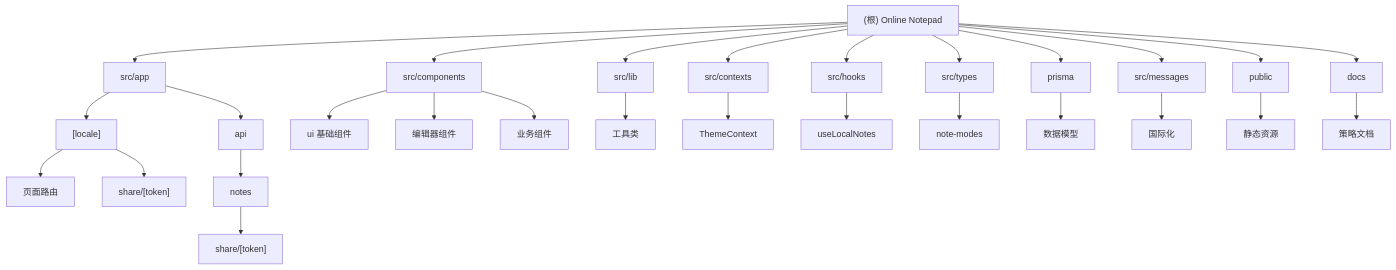
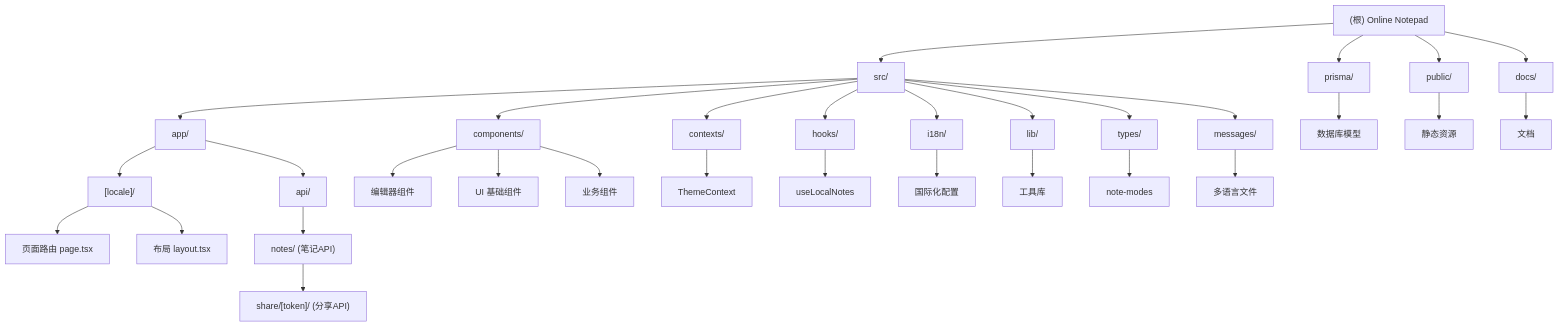
One commit to 89780012/online-notepad changed the diagram in CLAUDE.md. Above: the diagram before and after it, drawn with Mermaid. The commit also changed other lines of this file and 21 other files, not shown here.

````diff
--- a/CLAUDE.md
+++ b/CLAUDE.md
@@ -39,33 +40,36 @@
 ```mermaid
 graph TD
-    A["(根) Online Notepad"] --> B["src/app"];
-    B --> C["[locale]"];
-    C --> D["页面路由"];
-    C --> E["share/[token]"];
-    B --> F["api"];
-    F --> G["notes"];
-    G --> H["share/[token]"];
-    A --> I["src/components"];
-    I --> J["ui 基础组件"];
-    I --> K["编辑器组件"];
-    I --> L["业务组件"];
-    A --> M["src/lib"];
-    M --> N["工具类"];
-    A --> O["src/contexts"];
-    O --> P["ThemeContext"];
-    A --> Q["src/hooks"];
-    Q --> R["useLocalNotes"];
-    A --> S["src/types"];
-    S --> T["note-modes"];
-    A --> U["prisma"];
-    U --> V["数据模型"];
-    A --> W["src/messages"];
-    W --> X["国际化"];
-    A --> Y["public"];
-    Y --> Z["静态资源"];
-    A --> AA["docs"];
-    AA --> BB["策略文档"];
+    A["(根) Online Notepad"] --> B["src/"];
+    B --> C["app/"];
+    C --> D["[locale]/"];
+    D --> E["页面路由 page.tsx"];
+    D --> F["布局 layout.tsx"];
+    C --> G["api/"];
+    G --> H["notes/ (笔记API)"];
+    H --> I["share/[token]/ (分享API)"];
+    B --> J["components/"];
+    J --> K["编辑器组件"];
+    J --> L["UI 基础组件"];
+    J --> M["业务组件"];
+    B --> N["contexts/"];
+    N --> O["ThemeContext"];
+    B --> P["hooks/"];
+    P --> Q["useLocalNotes"];
+    B --> R["i18n/"];
+    R --> S["国际化配置"];
+    B --> T["lib/"];
+    T --> U["工具库"];
+    B --> V["types/"];
+    V --> W["note-modes"];
+    B --> X["messages/"];
+    X --> Y["多语言文件"];
+    A --> Z["prisma/"];
+    Z --> AA["数据库模型"];
+    A --> BB["public/"];
+    BB --> CC["静态资源"];
+    A --> DD["docs/"];
+    DD --> EE["文档"];
 
     click B "./src/CLAUDE.md" "查看 src 模块文档"
-    click U "./prisma/CLAUDE.md" "查看 prisma 模块文档"
+    click Z "./prisma/CLAUDE.md" "查看 prisma 模块文档"
 ```
````
